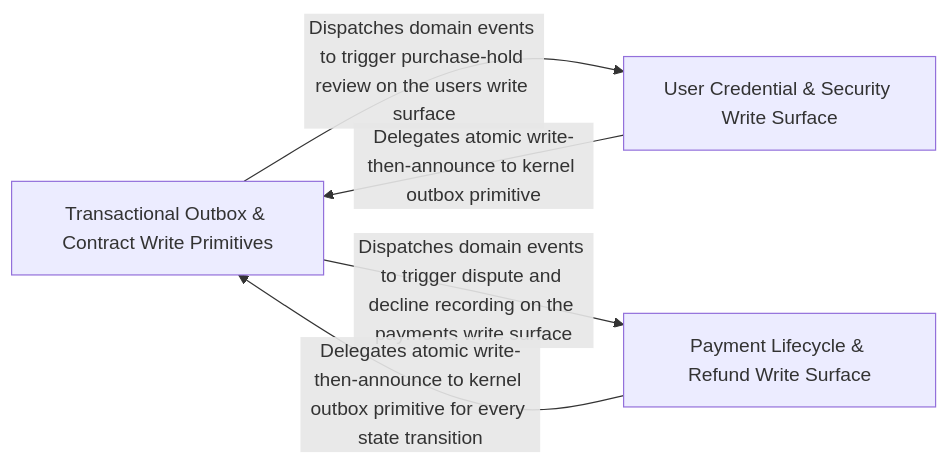
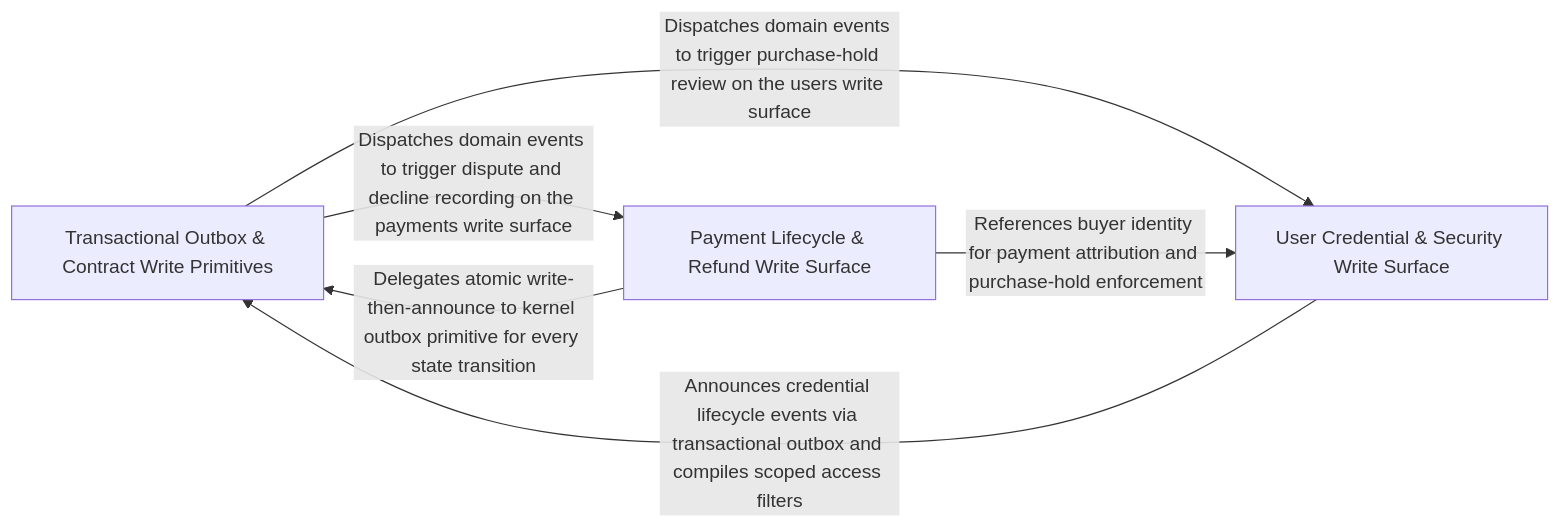
One commit to Guebbit/boilerplate-node-backend changed the diagram in .2brain/arch/Kernel_Write_Surface_Primitives.md. Above: the diagram before and after it, drawn with Mermaid. The commit also changed other lines of this file and 1102 other files, not shown here.

````diff
--- a/.2brain/arch/Kernel_Write_Surface_Primitives.md
+++ b/.2brain/arch/Kernel_Write_Surface_Primitives.md
@@ -10,10 +10,11 @@
 ```mermaid
 graph LR
     Transactional_Outbox_Contract_Write_Primitives["Transactional Outbox & Contract Write Primitives"]
     User_Credential_Security_Write_Surface["User Credential & Security Write Surface"]
     Payment_Lifecycle_Refund_Write_Surface["Payment Lifecycle & Refund Write Surface"]
     Transactional_Outbox_Contract_Write_Primitives -- "Dispatches domain events to trigger purchase-hold review on the users write surface" --> User_Credential_Security_Write_Surface
     Transactional_Outbox_Contract_Write_Primitives -- "Dispatches domain events to trigger dispute and decline recording on the payments write surface" --> Payment_Lifecycle_Refund_Write_Surface
-    User_Credential_Security_Write_Surface -- "Delegates atomic write-then-announce to kernel outbox primitive" --> Transactional_Outbox_Contract_Write_Primitives
+    User_Credential_Security_Write_Surface -- "Announces credential lifecycle events via transactional outbox and compiles scoped access filters" --> Transactional_Outbox_Contract_Write_Primitives
     Payment_Lifecycle_Refund_Write_Surface -- "Delegates atomic write-then-announce to kernel outbox primitive for every state transition" --> Transactional_Outbox_Contract_Write_Primitives
+    Payment_Lifecycle_Refund_Write_Surface -- "References buyer identity for payment attribution and purchase-hold enforcement" --> User_Credential_Security_Write_Surface
 ```
````
